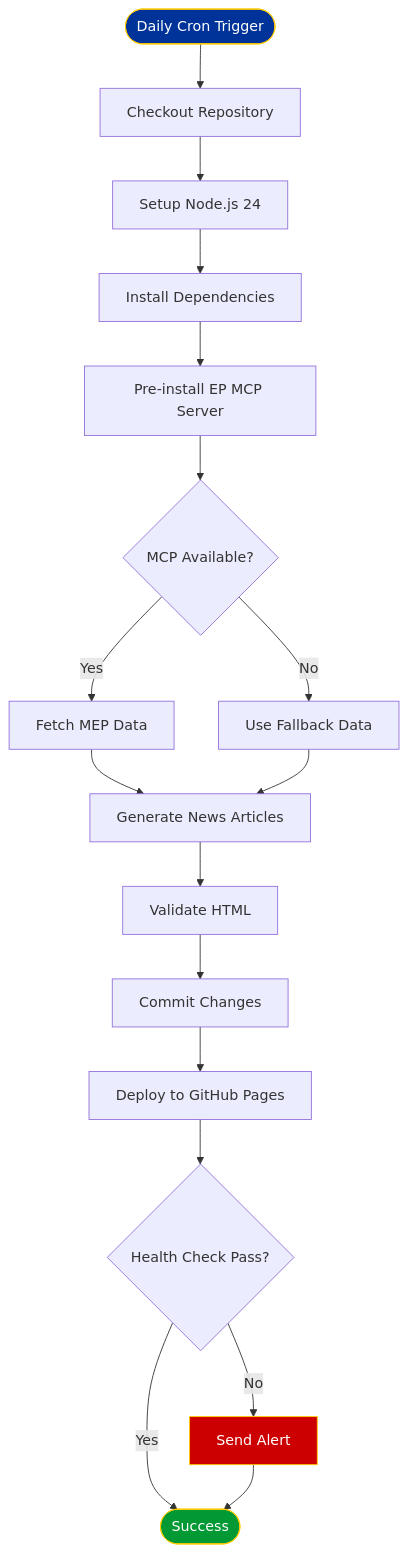
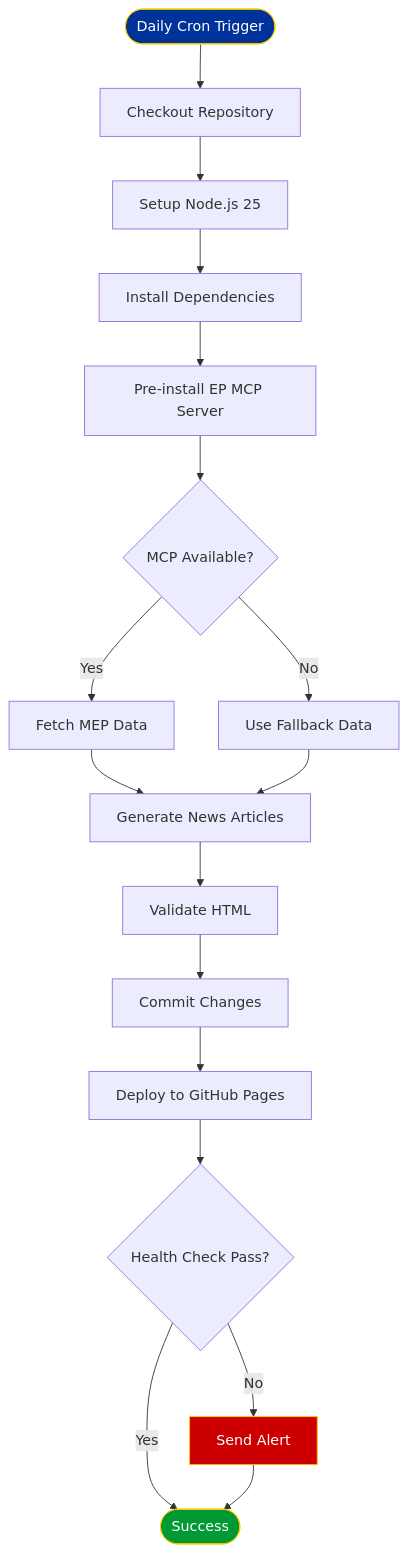
Before and after one commit to Hack23/euparliamentmonitor: the fifth of 6 diagrams in docs/api/media/documentation-architect.md, drawn with Mermaid. The commit also changed other lines of this file and 50 other files, not shown here.

````diff
--- a/docs/api/media/documentation-architect.md
+++ b/docs/api/media/documentation-architect.md
@@ -132,23 +132,23 @@
 ```mermaid
 flowchart TD
     Start([Daily Cron Trigger]) --> Checkout[Checkout Repository]
-    Checkout --> Setup[Setup Node.js 24]
+    Checkout --> Setup[Setup Node.js 25]
     Setup --> InstallDeps[Install Dependencies]
     InstallDeps --> PreInstallMCP[Pre-install EP MCP Server]
     PreInstallMCP --> FetchData{MCP Available?}
     FetchData -->|Yes| FetchMEPs[Fetch MEP Data]
     FetchData -->|No| UseFallback[Use Fallback Data]
     FetchMEPs --> GenerateNews[Generate News Articles]
     UseFallback --> GenerateNews
     GenerateNews --> ValidateHTML[Validate HTML]
     ValidateHTML --> Commit[Commit Changes]
     Commit --> Deploy[Deploy to GitHub Pages]
     Deploy --> HealthCheck{Health Check Pass?}
     HealthCheck -->|Yes| End([Success])
     HealthCheck -->|No| Alert[Send Alert]
     Alert --> End
     
     style Start fill:#003399,stroke:#FFCC00,color:#FFFFFF
     style End fill:#009933,stroke:#FFCC00,color:#FFFFFF
     style Alert fill:#CC0000,stroke:#FFCC00,color:#FFFFFF
 ```
````
